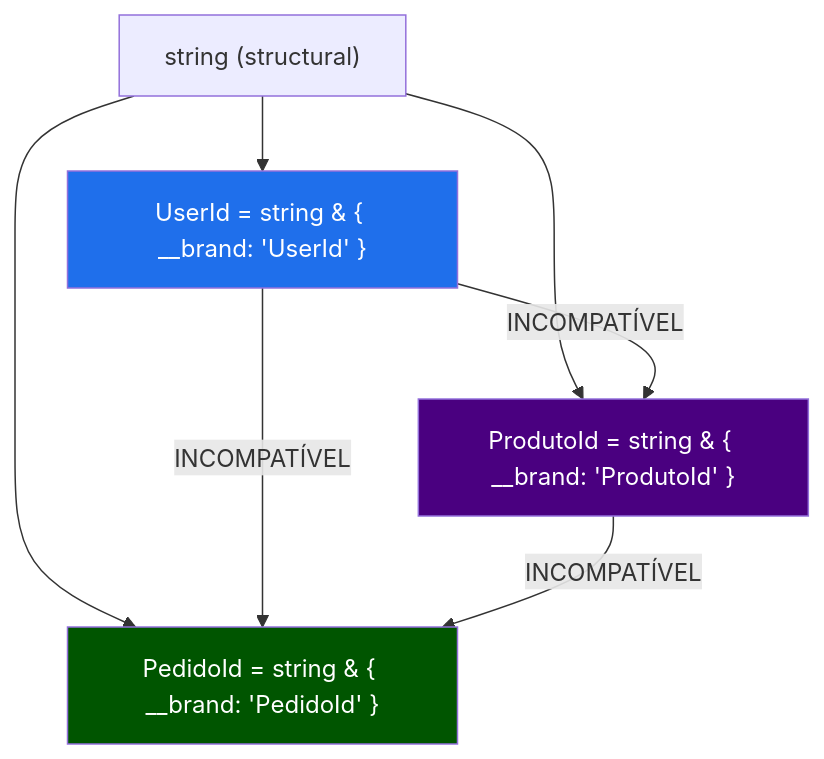
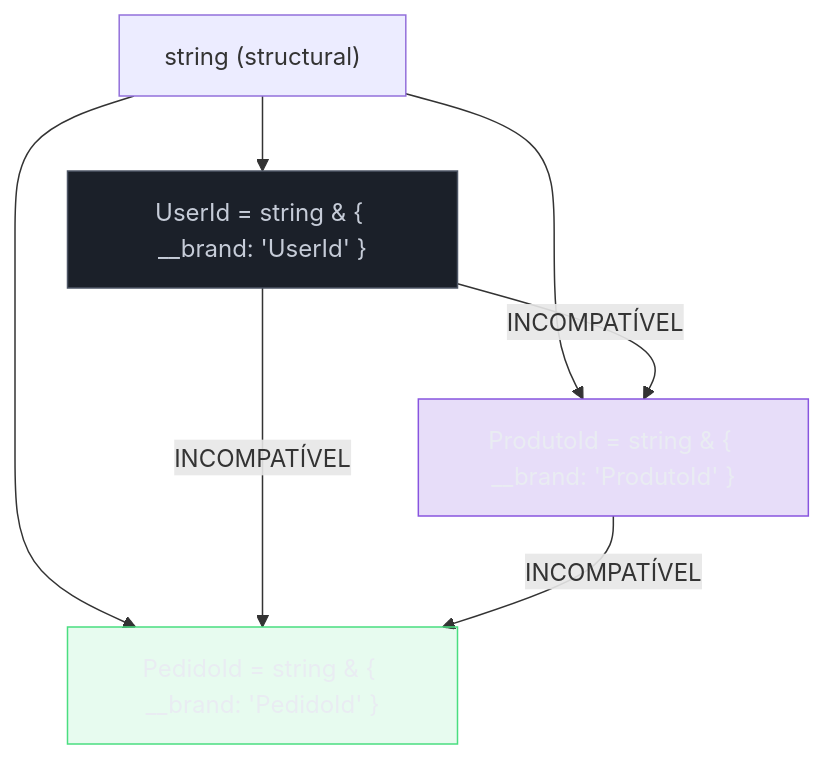
The second of 5 diagrams in 03-Dominios/Tecnologia/TypeScript/24 - Type-driven design - branded types, Result e estados impossíveis.md (josenaldo/codex-technomanticus), drawn with Mermaid before and after one commit. The commit also changed other lines of this file and 1181 other files, not shown here.

First line of the commit message:
fix(diagramas): paleta do sistema no lugar de cor cravada no markdown

````diff
--- a/03-Dominios/Tecnologia/TypeScript/24 - Type-driven design - branded types, Result e estados impossíveis.md
+++ b/03-Dominios/Tecnologia/TypeScript/24 - Type-driven design - branded types, Result e estados impossíveis.md
@@ -156,19 +158,22 @@
 ```mermaid
 graph TD
+    classDef neutro fill:#1B2029,stroke:#4E5666,color:#C6CCD8
+    classDef marca fill:#8855DF33,stroke:#8855DF,color:#E9ECF2
+    classDef ok fill:#4ADE8021,stroke:#4ADE80,color:#E9ECF2
     S["string (structural)"]
     UID["UserId = string & { __brand: 'UserId' }"]
     PID["ProdutoId = string & { __brand: 'ProdutoId' }"]
     OID["PedidoId = string & { __brand: 'PedidoId' }"]
 
     S --> UID
     S --> PID
     S --> OID
 
     UID -->|"INCOMPATÍVEL"| PID
     UID -->|"INCOMPATÍVEL"| OID
     PID -->|"INCOMPATÍVEL"| OID
 
-    style UID fill:#1f6feb,color:#fff
-    style PID fill:#4a0080,color:#fff
-    style OID fill:#005500,color:#fff
+    class UID neutro
+    class PID marca
+    class OID ok
 ```
````
